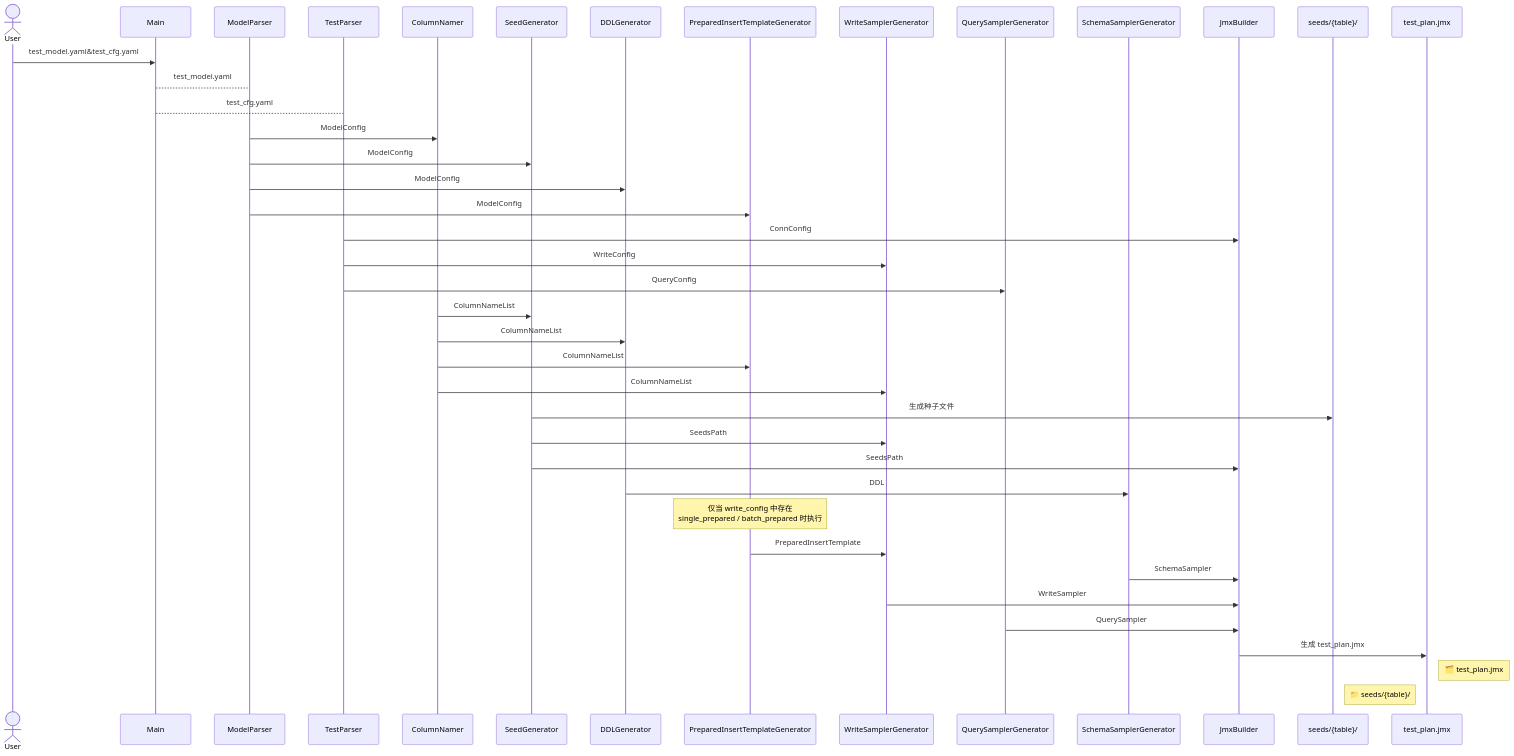
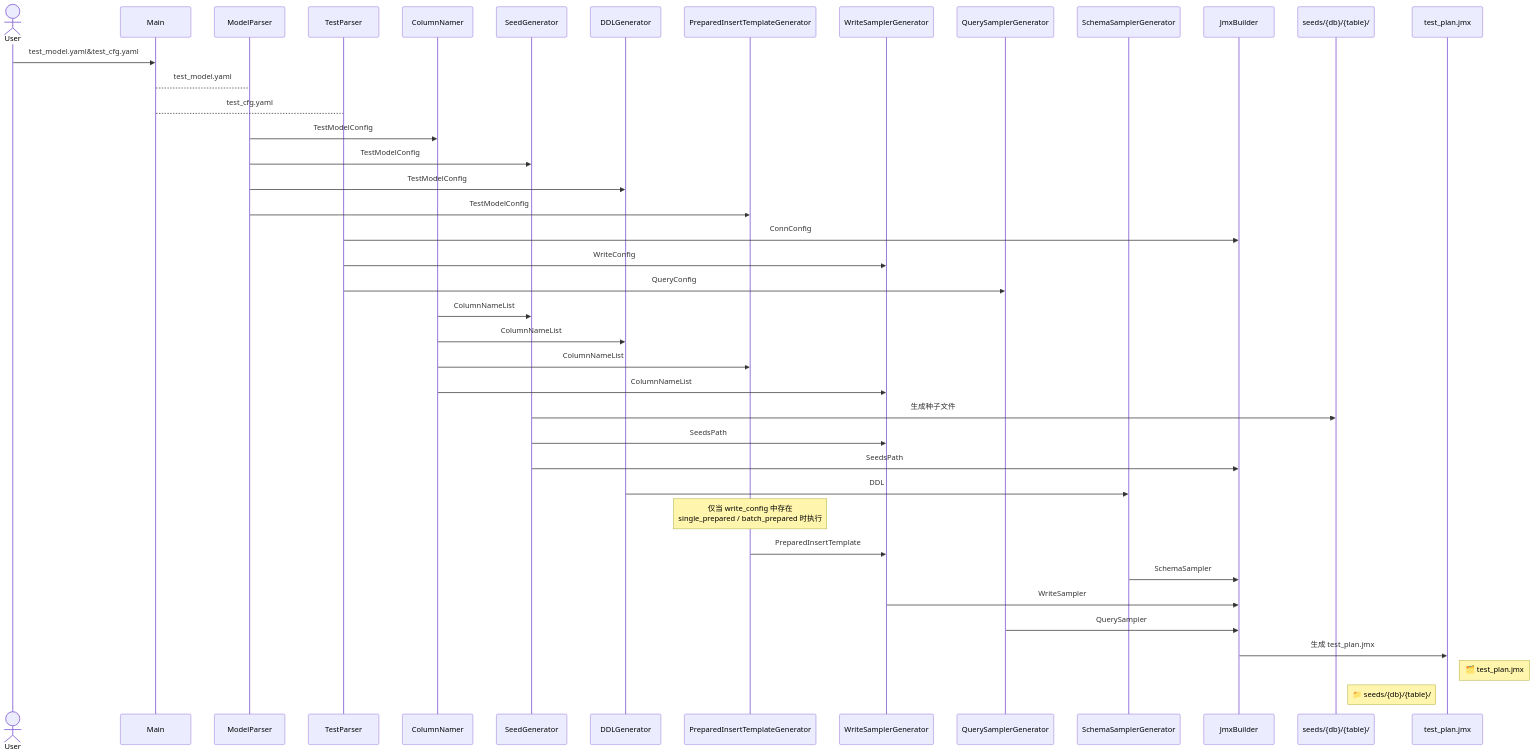
The third of 3 diagrams in docs/designs/kwdb-svt-test-plan-generator-design.md (CharlieTheLionheart/jmeter-plan-generator), drawn with Mermaid before and after one commit. The commit also changed other lines of this file and 76 other files, not shown here.

````diff
--- a/docs/designs/kwdb-svt-test-plan-generator-design.md
+++ b/docs/designs/kwdb-svt-test-plan-generator-design.md
@@ -170,63 +170,63 @@
 ```mermaid
 sequenceDiagram
     actor User
     participant M as Main
     participant PM as ModelParser
     participant PC as TestParser
     participant CN as ColumnNamer
     participant SDG as SeedGenerator
     participant DDG as DDLGenerator
     participant PITG as PreparedInsertTemplateGenerator
     participant WSG as WriteSamplerGenerator
     participant QSG as QuerySamplerGenerator
     participant SCG as SchemaSamplerGenerator
     participant JB as JmxBuilder
-    participant SEEDS as seeds/{table}/
+    participant SEEDS as seeds/{db}/{table}/
     participant JMX as test_plan.jmx
 
     %% 入口：用户启动
     User->>M: test_model.yaml&test_cfg.yaml
 
     %% 配置文件作为线上数据
     M-->PM: test_model.yaml
     M-->PC: test_cfg.yaml
 
     %% 解析器输出
-    PM->>CN: ModelConfig
-    PM->>SDG: ModelConfig
-    PM->>DDG: ModelConfig
-    PM->>PITG: ModelConfig
+    PM->>CN: TestModelConfig
+    PM->>SDG: TestModelConfig
+    PM->>DDG: TestModelConfig
+    PM->>PITG: TestModelConfig
 
     PC->>JB: ConnConfig
     PC->>WSG: WriteConfig
     PC->>QSG: QueryConfig
 
     %% 列名解析
     CN->>SDG: ColumnNameList
     CN->>DDG: ColumnNameList
     CN->>PITG: ColumnNameList
     CN->>WSG: ColumnNameList
 
     %% 种子生成
     SDG->>SEEDS: 生成种子文件
     SDG->>WSG: SeedsPath
     SDG->>JB: SeedsPath
 
     %% DDL 生成
     DDG->>SCG: DDL
 
     %% Prepared Insert 模板生成（条件执行）
     Note over PITG: 仅当 write_config 中存在<br/>single_prepared / batch_prepared 时执行
     PITG->>WSG: PreparedInsertTemplate
 
     %% 采样器汇总
     SCG->>JB: SchemaSampler
     WSG->>JB: WriteSampler
     QSG->>JB: QuerySampler
 
     %% 最终输出
     JB->>JMX: 生成 test_plan.jmx
     
     Note right of JMX: 🗂️ test_plan.jmx
-    Note right of SEEDS: 📁 seeds/{table}/
+    Note right of SEEDS: 📁 seeds/{db}/{table}/
 ```
````
